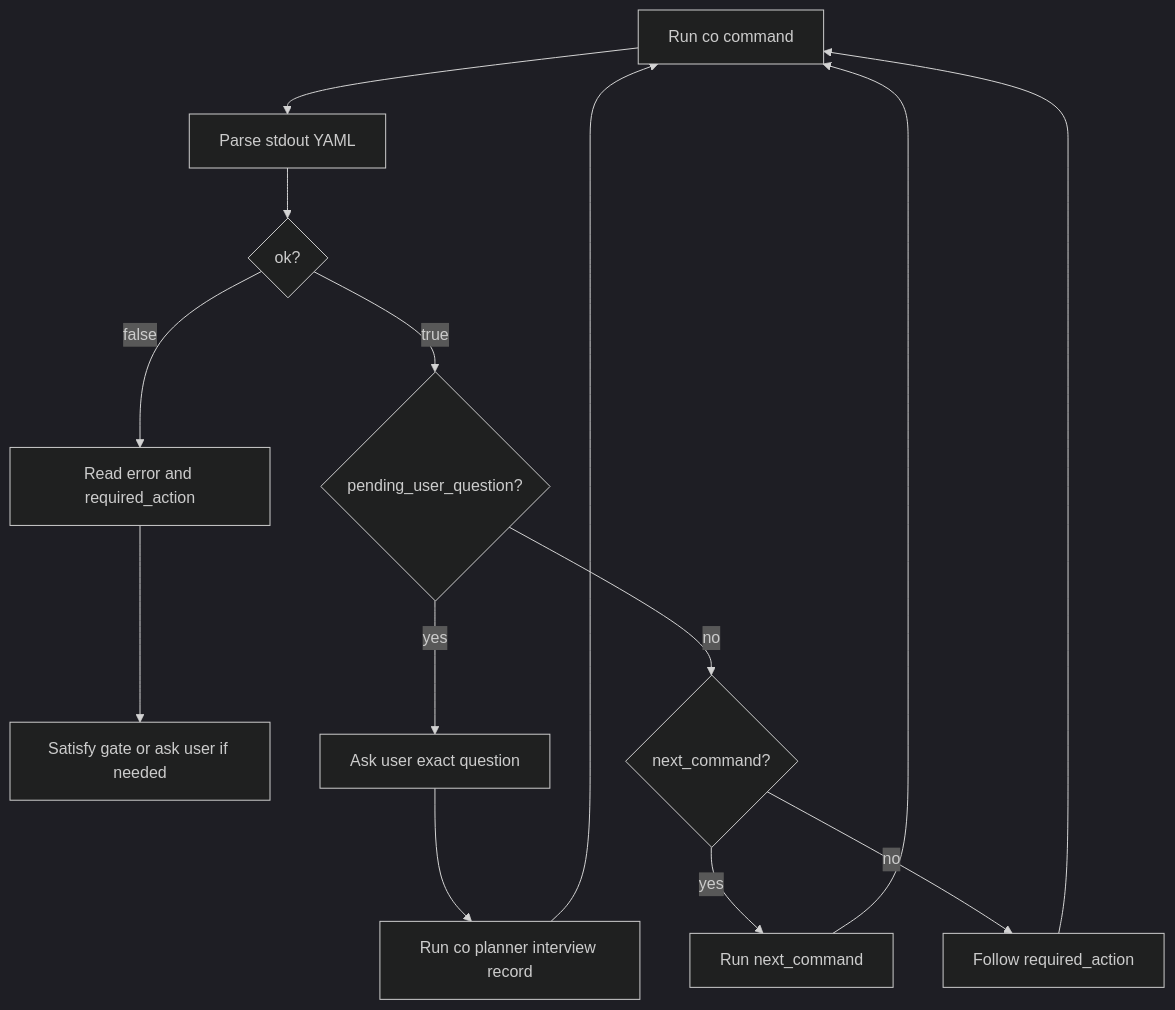
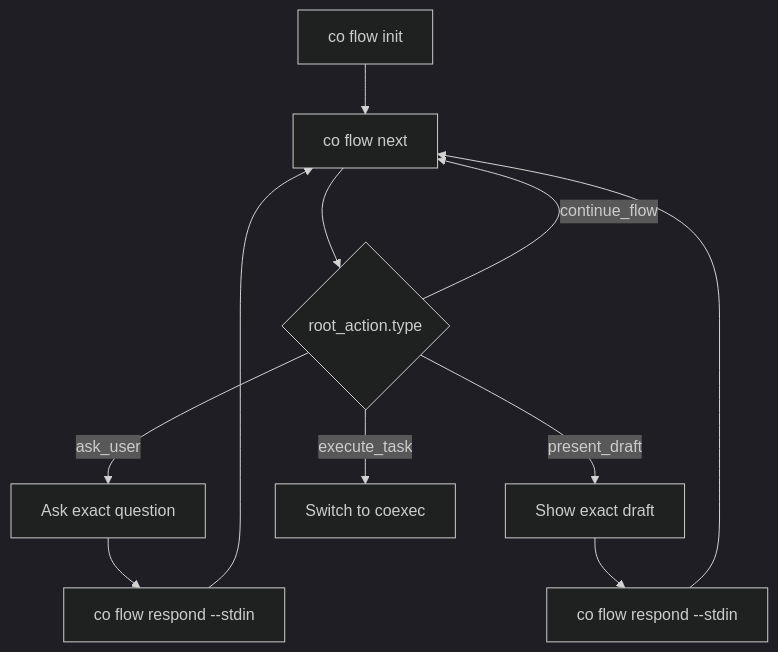
The first of 2 diagrams in skills/coplan/references/root-agent-co-guide.md (mym0404/coflow), drawn with Mermaid (dark theme) before and after one commit. The commit also changed other lines of this file and 20 other files, not shown here.

Commit message:
feat: add co flow iterator

````diff
--- a/skills/coplan/references/root-agent-co-guide.md
+++ b/skills/coplan/references/root-agent-co-guide.md
@@ -168,16 +73,13 @@
 ```mermaid
 flowchart TD
-  A["Run co command"] --> B["Parse stdout YAML"]
-  B --> C{"ok?"}
-  C -->|false| D["Read error and required_action"]
-  D --> E["Satisfy gate or ask user if needed"]
-  C -->|true| F{"pending_user_question?"}
-  F -->|yes| G["Ask user exact question"]
-  G --> H["Run co planner interview record"]
-  F -->|no| I{"next_command?"}
-  I -->|yes| J["Run next_command"]
-  I -->|no| K["Follow required_action"]
-  H --> A
-  J --> A
-  K --> A
+  A["co flow init"] --> B["co flow next"]
+  B --> C{"root_action.type"}
+  C -->|ask_user| D["Ask exact question"]
+  D --> E["co flow respond --stdin"]
+  E --> B
+  C -->|present_draft| F["Show exact draft"]
+  F --> G["co flow respond --stdin"]
+  G --> B
+  C -->|continue_flow| B
+  C -->|execute_task| H["Switch to coexec"]
 ```
````
